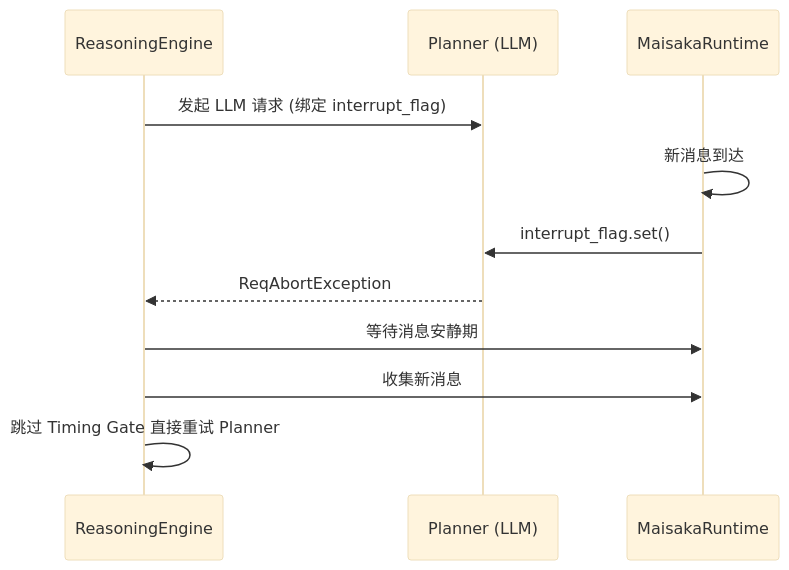
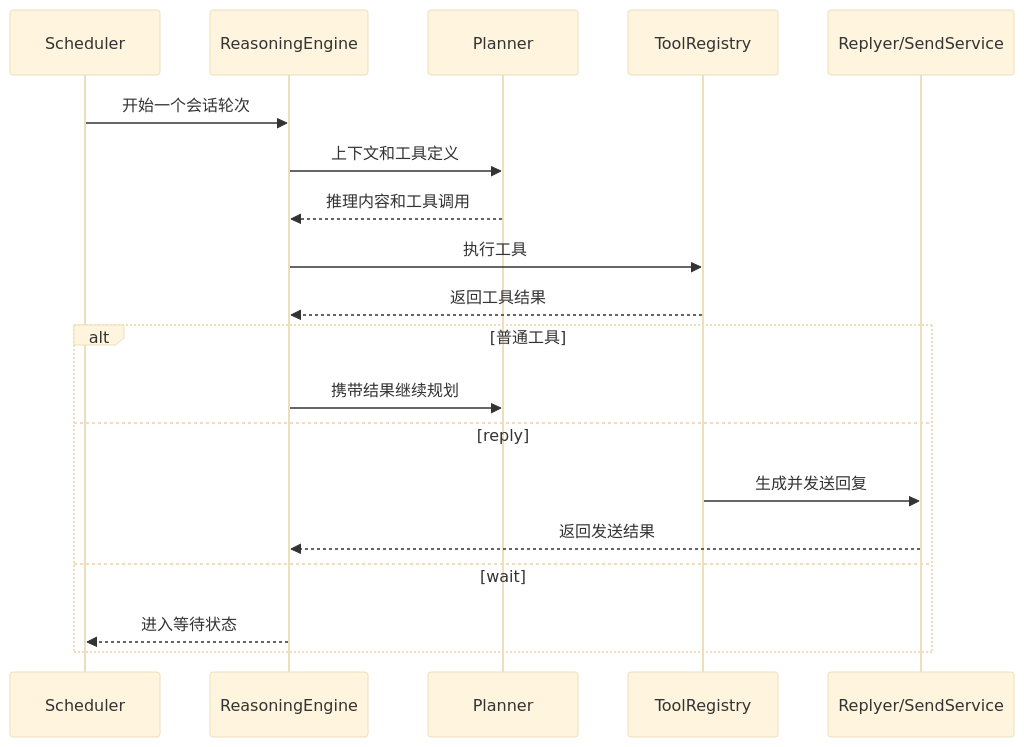
The second of 2 diagrams in zh/develop/architecture/maisaka-reasoning.md (DrSmoothl/docs), drawn with Mermaid (base theme) before and after one commit. The commit also changed other lines of this file and 46 other files, not shown here.

````diff
--- a/zh/develop/architecture/maisaka-reasoning.md
+++ b/zh/develop/architecture/maisaka-reasoning.md
@@ -210,14 +57,22 @@
 ```mermaid
 sequenceDiagram
+    participant S as Scheduler
     participant R as ReasoningEngine
-    participant P as Planner (LLM)
-    participant M as MaisakaRuntime
+    participant P as Planner
+    participant T as ToolRegistry
+    participant X as Replyer/SendService
 
-    R->>P: 发起 LLM 请求 (绑定 interrupt_flag)
-    M->>M: 新消息到达
-    M->>P: interrupt_flag.set()
-    P-->>R: ReqAbortException
-    R->>M: 等待消息安静期
-    R->>M: 收集新消息
-    R->>R: 跳过 Timing Gate 直接重试 Planner
+    S->>R: 开始一个会话轮次
+    R->>P: 上下文和工具定义
+    P-->>R: 推理内容和工具调用
+    R->>T: 执行工具
+    T-->>R: 返回工具结果
+    alt 普通工具
+        R->>P: 携带结果继续规划
+    else reply
+        T->>X: 生成并发送回复
+        X-->>R: 返回发送结果
+    else wait
+        R-->>S: 进入等待状态
+    end
 ```
````
